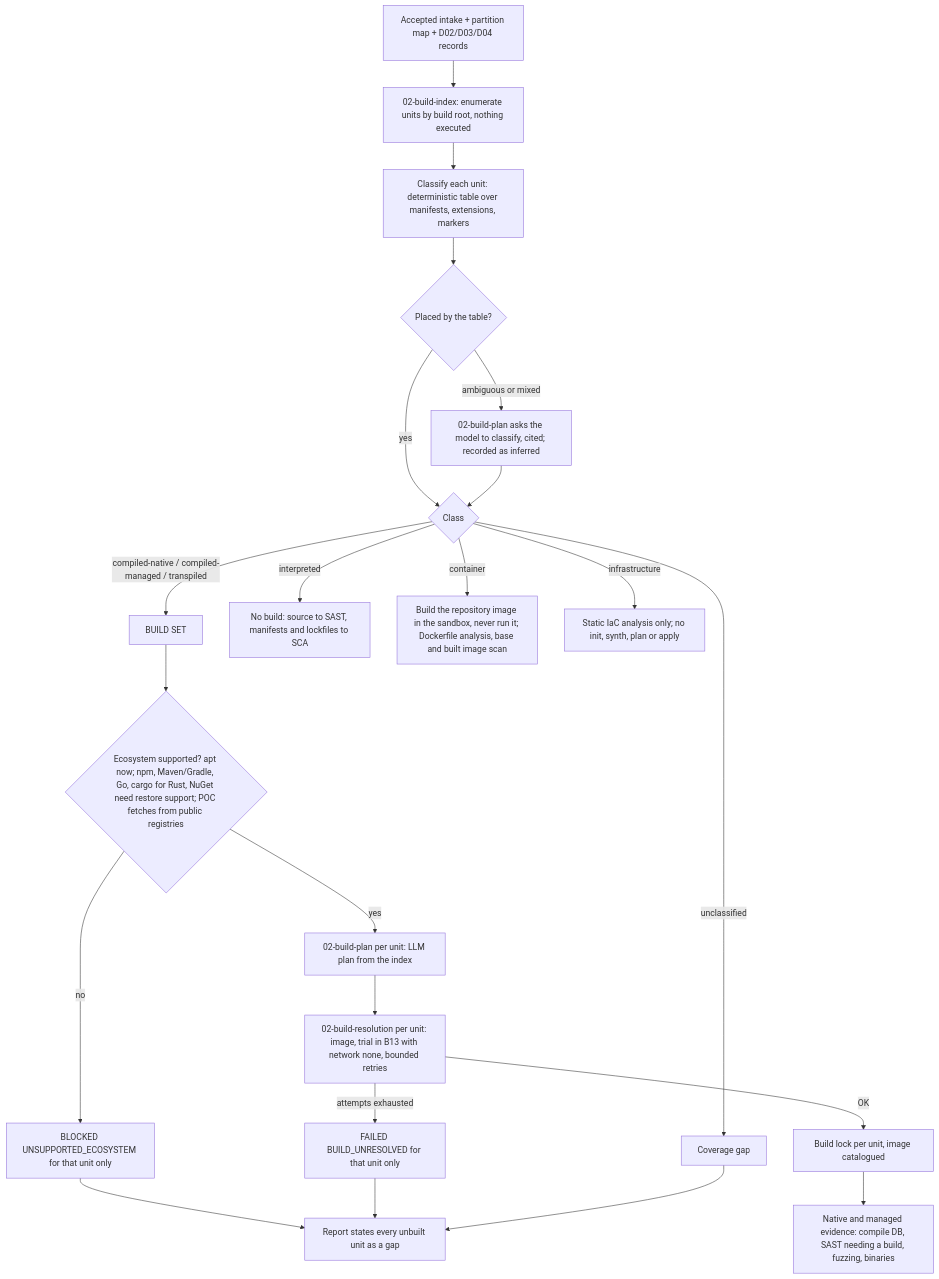
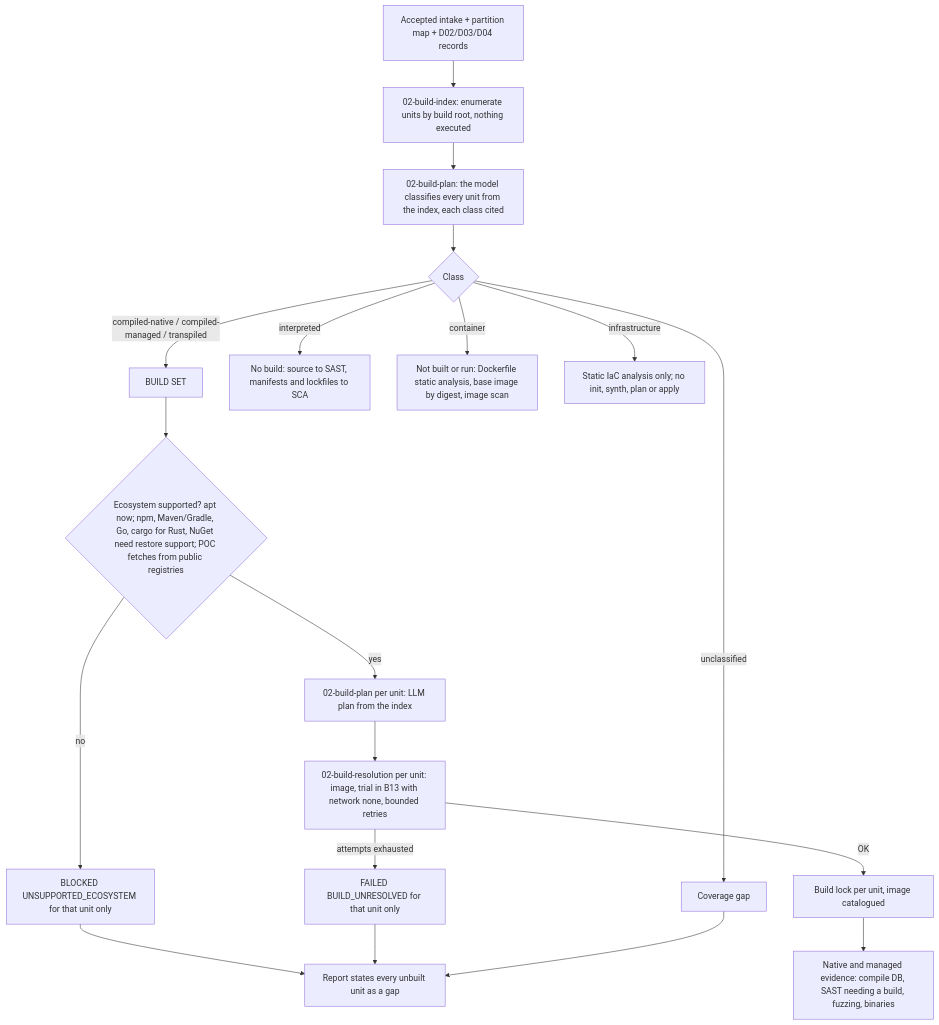
Before and after one commit to wsollers/appsec-review: the diagram in docs/processes/build-unit-classification.md, drawn with Mermaid. The commit also changed other lines of this file and 3 other files, not shown here.

First line of the commit message:
build lane: settle the per-unit decisions (model classifies; Dockerfiles not built)

````diff
--- a/docs/processes/build-unit-classification.md
+++ b/docs/processes/build-unit-classification.md
@@ -35,24 +35,21 @@
 ```mermaid
 flowchart TD
   A[Accepted intake + partition map + D02/D03/D04 records] --> I[02-build-index: enumerate units by build root, nothing executed]
-  I --> K[Classify each unit: deterministic table over manifests, extensions, markers]
-  K --> Q{Placed by the table?}
-  Q -- ambiguous or mixed --> L[02-build-plan asks the model to classify, cited; recorded as inferred]
-  Q -- yes --> S
-  L --> S{Class}
+  I --> K[02-build-plan: the model classifies every unit from the index, each class cited]
+  K --> S{Class}
   S -- compiled-native / compiled-managed / transpiled --> BS[BUILD SET]
   S -- interpreted --> INT[No build: source to SAST, manifests and lockfiles to SCA]
-  S -- container --> CT[Build the repository image in the sandbox, never run it; Dockerfile analysis, base and built image scan]
+  S -- container --> CT[Not built or run: Dockerfile static analysis, base image by digest, image scan]
   S -- infrastructure --> IAC[Static IaC analysis only; no init, synth, plan or apply]
   S -- unclassified --> GAP[Coverage gap]
   BS --> E{Ecosystem supported? apt now; npm, Maven/Gradle, Go, cargo for Rust, NuGet need restore support; POC fetches from public registries}
   E -- no --> BU[BLOCKED UNSUPPORTED_ECOSYSTEM for that unit only]
   E -- yes --> P[02-build-plan per unit: LLM plan from the index]
   P --> R[02-build-resolution per unit: image, trial in B13 with network none, bounded retries]
   R -- OK --> LK[Build lock per unit, image catalogued]
   R -- attempts exhausted --> BF[FAILED BUILD_UNRESOLVED for that unit only]
   LK --> N[Native and managed evidence: compile DB, SAST needing a build, fuzzing, binaries]
   BU --> REP[Report states every unbuilt unit as a gap]
   BF --> REP
   GAP --> REP
 ```
````
